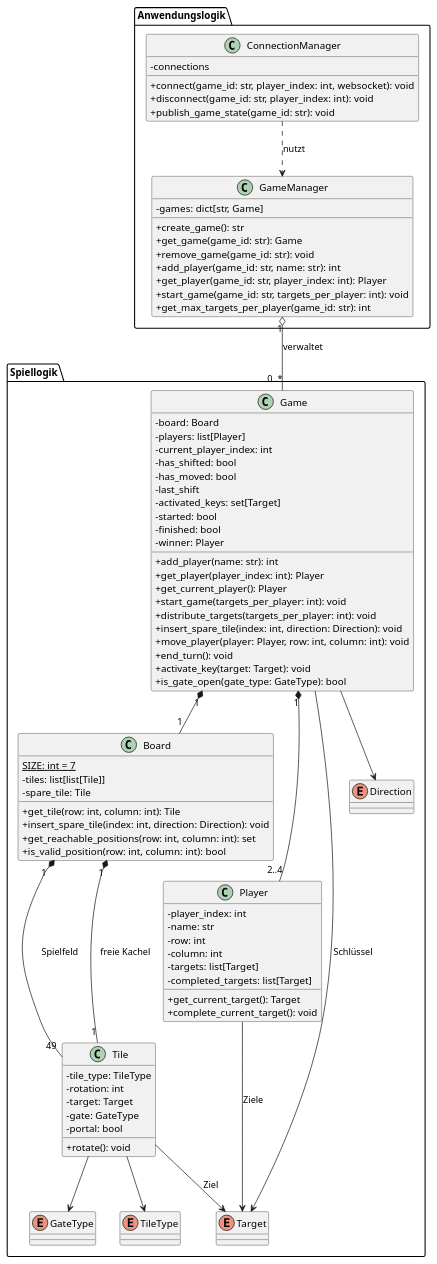
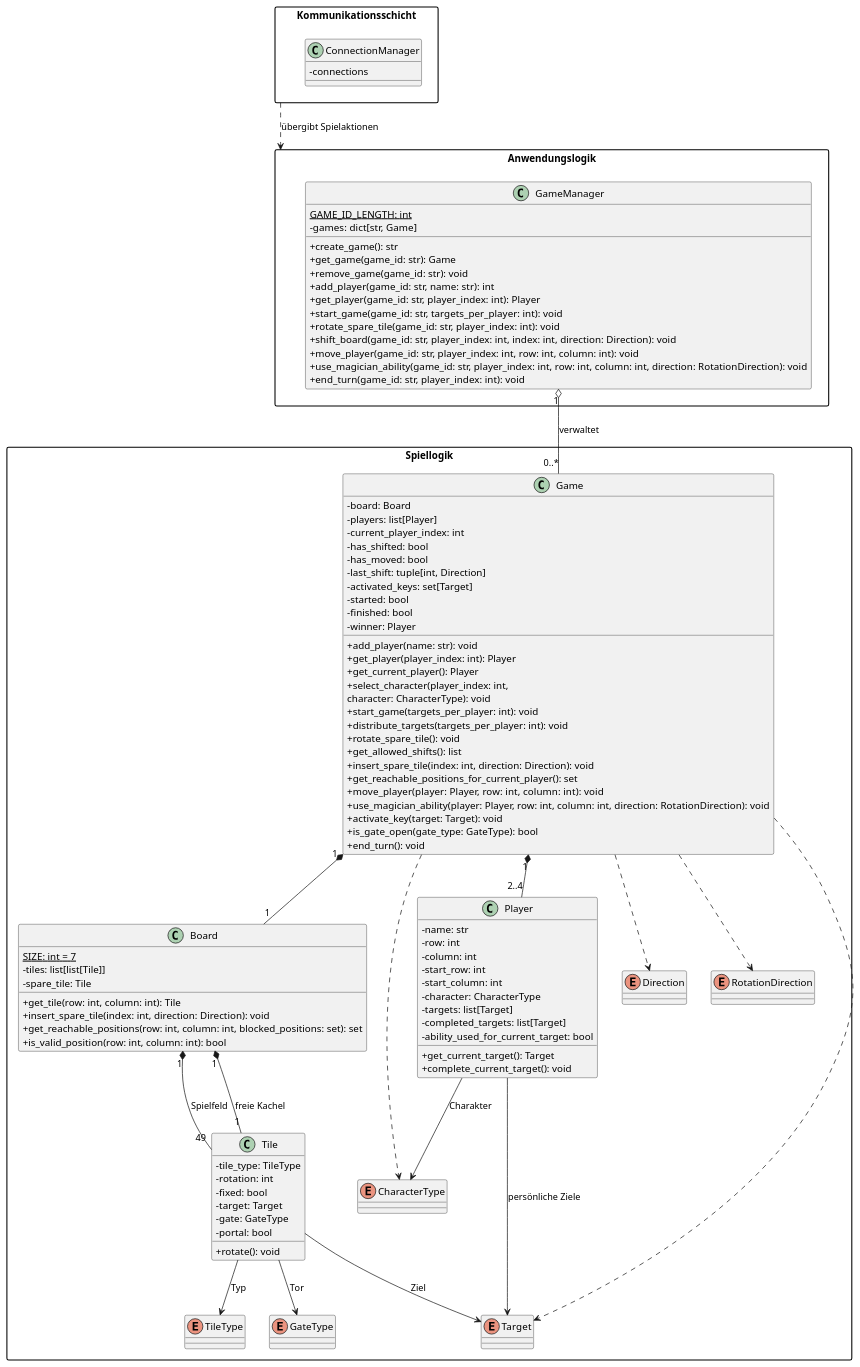
One commit to mysticmazejk/Mystic_Maze changed the diagram in docs/phase 2/diagramms/class_diagramm.puml. Above: the diagram before and after it, drawn with PlantUML. The commit also changed 59 other files, not shown here.

```diff
--- a/docs/phase 2/diagramms/class_diagramm.puml
+++ b/docs/phase 2/diagramms/class_diagramm.puml
@@ -1,105 +1,145 @@
+@startuml MysticMaze
 top to bottom direction
 
 skinparam shadowing false
 skinparam classAttributeIconSize 0
 skinparam defaultTextAlignment left
+skinparam packageStyle rectangle
 
-package "Anwendungslogik" {
+package "Kommunikationsschicht" as Kommunikation {
+    class ConnectionManager {
+        - connections
+    }
+}
+
+package "Anwendungslogik" as Anwendung {
 
     class GameManager {
+        {static} GAME_ID_LENGTH: int
         - games: dict[str, Game]
+
         + create_game(): str
         + get_game(game_id: str): Game
         + remove_game(game_id: str): void
         + add_player(game_id: str, name: str): int
         + get_player(game_id: str, player_index: int): Player
         + start_game(game_id: str, targets_per_player: int): void
-        + get_max_targets_per_player(game_id: str): int
+        + rotate_spare_tile(game_id: str, player_index: int): void
+        + shift_board(game_id: str, player_index: int, index: int, direction: Direction): void
+        + move_player(game_id: str, player_index: int, row: int, column: int): void
+        + use_magician_ability(game_id: str, player_index: int, row: int, column: int, direction: RotationDirection): void
+        + end_turn(game_id: str, player_index: int): void
     }
 
-    class ConnectionManager {
-        - connections
-        + connect(game_id: str, player_index: int, websocket): void
-        + disconnect(game_id: str, player_index: int): void
-        + publish_game_state(game_id: str): void
-    }
 }
 
 package "Spiellogik" {
 
     class Game {
         - board: Board
         - players: list[Player]
         - current_player_index: int
         - has_shifted: bool
         - has_moved: bool
-        - last_shift
+        - last_shift: tuple[int, Direction]
         - activated_keys: set[Target]
         - started: bool
         - finished: bool
         - winner: Player
-        + add_player(name: str): int
+
+        + add_player(name: str): void
         + get_player(player_index: int): Player
         + get_current_player(): Player
+        + select_character(player_index: int,
+          character: CharacterType): void
         + start_game(targets_per_player: int): void
         + distribute_targets(targets_per_player: int): void
+        + rotate_spare_tile(): void
+        + get_allowed_shifts(): list
         + insert_spare_tile(index: int, direction: Direction): void
-        + move_player(player: Player, row: int, column: int): void
-        + end_turn(): void
+        + get_reachable_positions_for_current_player(): set
+        + move_player(player: Player,  row: int, column: int): void
+        + use_magician_ability(player: Player, row: int, column: int, direction: RotationDirection): void
         + activate_key(target: Target): void
         + is_gate_open(gate_type: GateType): bool
+        + end_turn(): void
     }
 
     class Board {
         {static} SIZE: int = 7
         - tiles: list[list[Tile]]
         - spare_tile: Tile
+
         + get_tile(row: int, column: int): Tile
         + insert_spare_tile(index: int, direction: Direction): void
-        + get_reachable_positions(row: int, column: int): set
+        + get_reachable_positions(row: int, column: int, blocked_positions: set): set
         + is_valid_position(row: int, column: int): bool
     }
 
     class Tile {
         - tile_type: TileType
         - rotation: int
+        - fixed: bool
         - target: Target
         - gate: GateType
         - portal: bool
+
         + rotate(): void
     }
 
     class Player {
-        - player_index: int
         - name: str
         - row: int
         - column: int
+        - start_row: int
+        - start_column: int
+        - character: CharacterType
         - targets: list[Target]
         - completed_targets: list[Target]
+        - ability_used_for_current_target: bool
+
         + get_current_target(): Target
         + complete_current_target(): void
     }
+
+    enum CharacterType
+
+    enum Direction
+
+    enum RotationDirection
+
+    enum TileType
+
+    enum GateType
+
     enum Target
-    enum TileType
-    enum Direction
-    enum GateType
 }
 
 
+' ---------------------------------------------------------
+' Beziehungen
+' ---------------------------------------------------------
+Kommunikation ..> Anwendung : übergibt Spielaktionen
 
 GameManager "1" o-- "0..*" Game : verwaltet
-ConnectionManager ..> GameManager : nutzt
 
 Game "1" *-- "1" Board
 Game "1" *-- "2..4" Player
+
 Board "1" *-- "49" Tile : Spielfeld
 Board "1" *-- "1" Tile : freie Kachel
 
-Player --> Target : Ziele
+Player --> CharacterType : Charakter
+Player --> Target : persönliche Ziele
+
+Tile --> TileType : Typ
 Tile --> Target : Ziel
-Tile --> TileType
-Tile --> GateType
-Game --> Direction
-Game --> Target : Schlüssel
+Tile --> GateType : Tor
+
+Game ..> Direction
+Game ..> RotationDirection
+Game ..> CharacterType
+Game ..> Target
+
 
 @enduml
```
